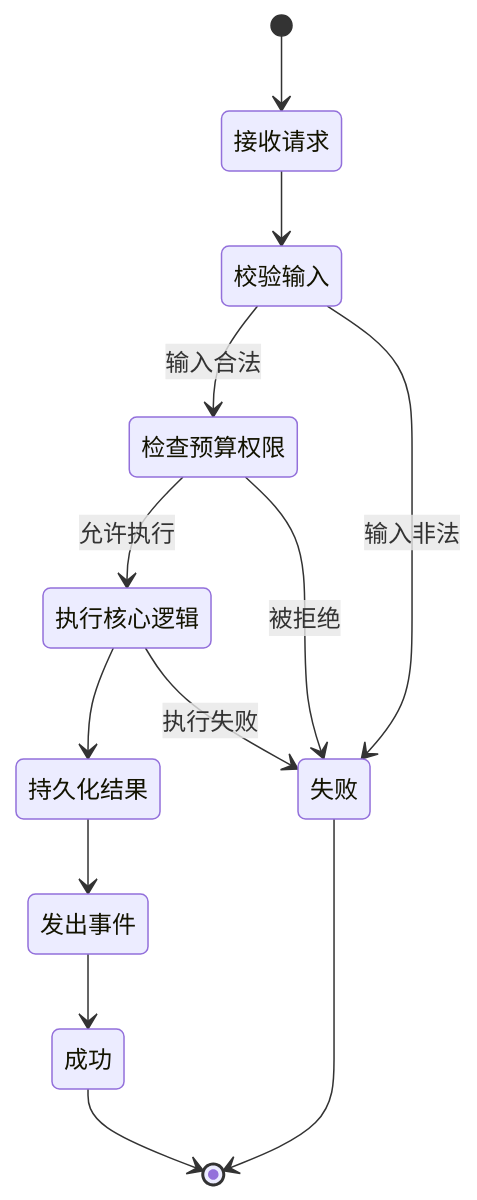
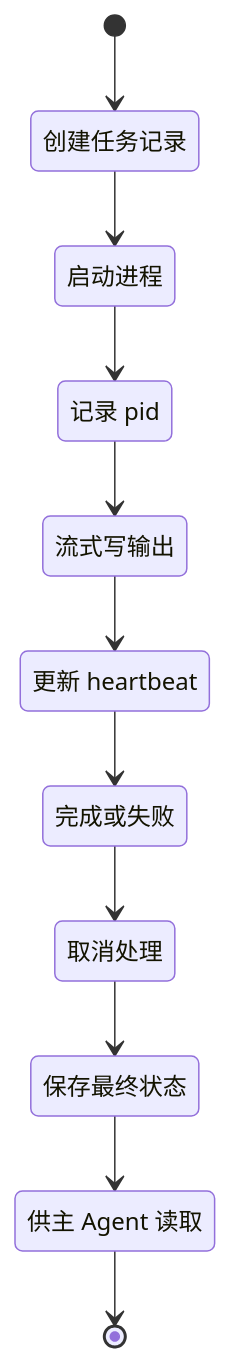
The diagram in docs/detailed-design/11-task-runtime.md (520skyincloud/agent-framework), drawn with Mermaid before and after one commit. The commit also changed other lines of this file and 17 other files, not shown here.

```diff
--- a/docs/detailed-design/11-task-runtime.md
+++ b/docs/detailed-design/11-task-runtime.md
@@ -27,24 +23,22 @@
 ~~~mermaid
 stateDiagram-v2
-  state "接收请求" as Receive
-  state "校验输入" as Validate
-  state "检查预算权限" as Guard
-  state "执行核心逻辑" as Execute
-  state "持久化结果" as Persist
-  state "发出事件" as Emit
-  state "成功" as Success
-  state "失败" as Failure
-
-  [*] --> Receive
-  Receive --> Validate
-  Validate --> Guard: 输入合法
-  Validate --> Failure: 输入非法
-  Guard --> Execute: 允许执行
-  Guard --> Failure: 被拒绝
-  Execute --> Persist
-  Execute --> Failure: 执行失败
-  Persist --> Emit
-  Emit --> Success
-  Success --> [*]
-  Failure --> [*]
+  state "创建任务记录" as S0
+  state "启动进程" as S1
+  state "记录 pid" as S2
+  state "流式写输出" as S3
+  state "更新 heartbeat" as S4
+  state "完成或失败" as S5
+  state "取消处理" as S6
+  state "保存最终状态" as S7
+  state "供主 Agent 读取" as S8
+  [*] --> S0
+  S0 --> S1
+  S1 --> S2
+  S2 --> S3
+  S3 --> S4
+  S4 --> S5
+  S5 --> S6
+  S6 --> S7
+  S7 --> S8
+  S8 --> [*]
 ~~~
```
